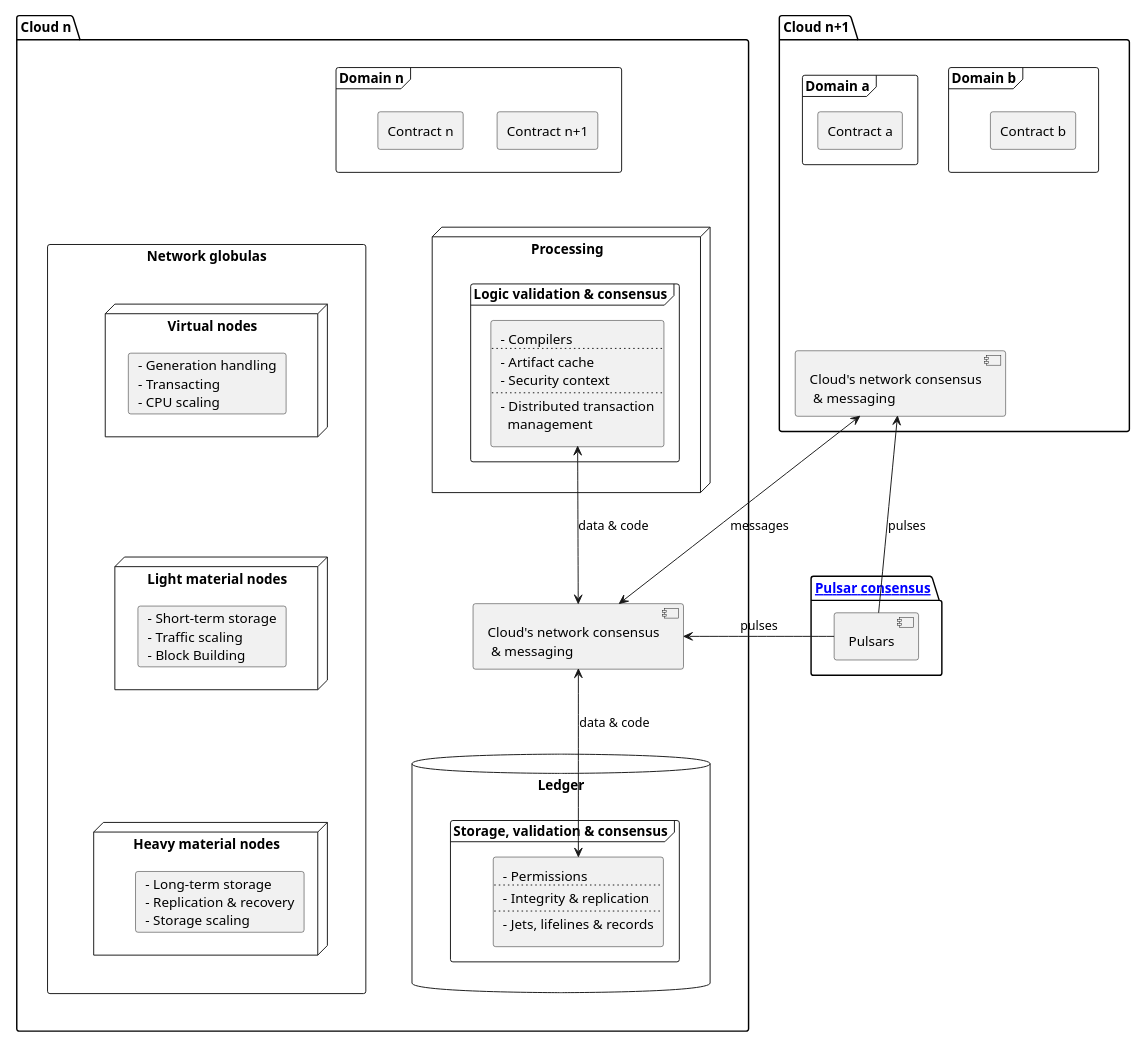
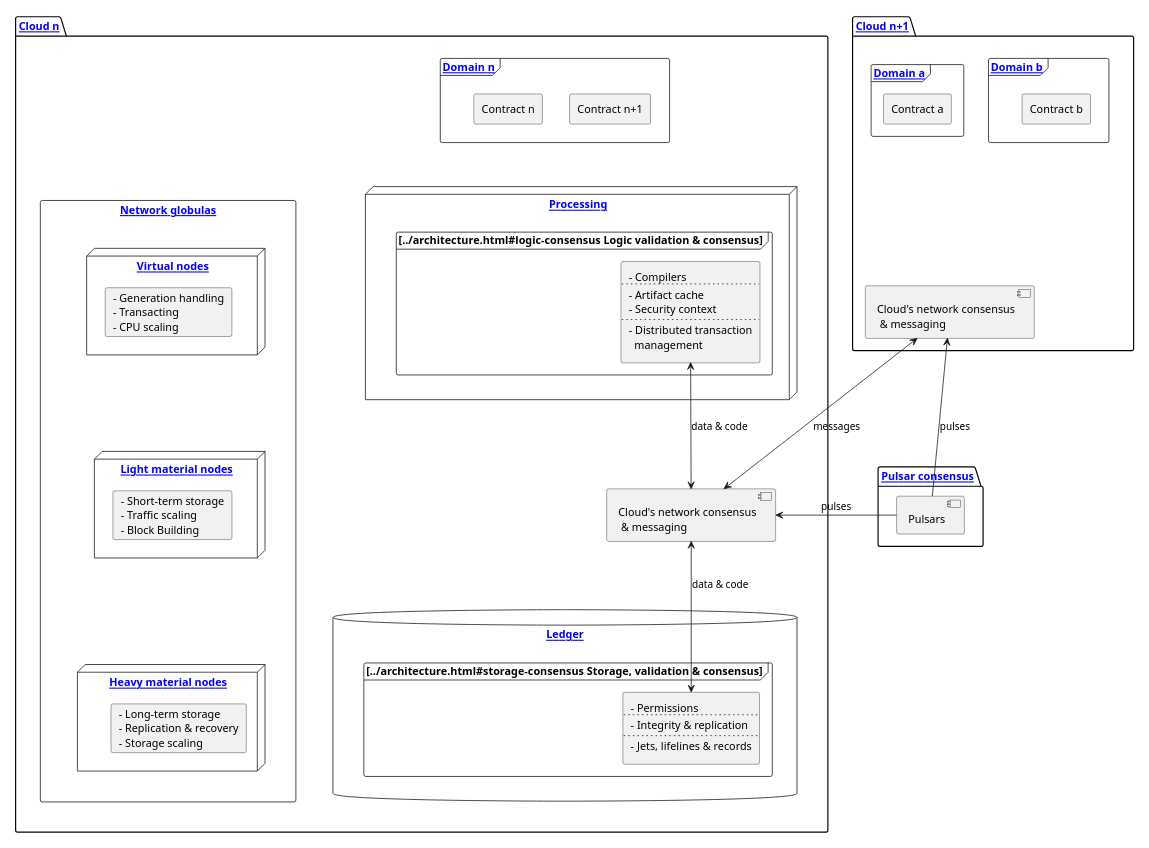
The diagram in docs/source/architecture.rst (sofiayem/rtd-doc-tests), drawn with PlantUML before and after one commit.

Commit message:
inline all links test

```diff
--- a/docs/source/architecture.rst
+++ b/docs/source/architecture.rst
@@ -39,12 +39,12 @@
      package "[[../architecture.html#pulsar-consensus Pulsar consensus]]" as pcon {
        card [Pulsars] [[../architecture.html#pulsars]]
      }
-     package "Cloud n+1" as cloudnext [[../architecture.html#fed-of-clouds]] {
+     package "[[../architecture.html#fed-of-clouds Cloud n+1]]" as cloudnext {
        card [Cloud's network consensus\n & messaging] as nextnet [[../architecture.html#network-consensus]]
-       frame "Domain b" as domb [[../architecture.html#domains]] {
+       frame "[[../architecture.html#domains Domain b]]" as domb {
          rectangle "Contract b" as cntrctb [[../architecture.html#contracts]]
        }
-       frame "Domain a" as doma [[../architecture.html#domains ]] {
+       frame "[[../architecture.html#domains Domain a]]" as doma {
          rectangle "Contract a" as cntrcta [[../architecture.html#contracts]]
        }
        cntrctb -[hidden]d- nextnet
@@ -52,27 +52,27 @@
        [Pulsars] -u-> nextnet : pulses
      }
    }
-   package "Cloud n" as cloudn [[../architecture.html#fed-of-clouds]] {
-       frame "Domain n" as domn [[../architecture.html#domains]] {
+   package "[[../architecture.html#fed-of-clouds Cloud n]]" as cloudn {
+       frame "[[../architecture.html#domains Domain n]]" as domn {
          rectangle "Contract n+1" as cntrctnext [[../architecture.html#contracts]]
          rectangle "Contract n" as cntrctne [[../architecture.html#contracts]]
        }
-       rectangle "Network globulas" as globula [[../architecture.html#globulas]] {
-         node "Virtual nodes" as vn [[../architecture.html#virtual]] {
+       rectangle "[[../architecture.html#globulas Network globulas]]" as globula {
+         node "[[../architecture.html#virtual Virtual nodes]]" as vn {
              card vcard [
                - Generation handling
                - Transacting
                - CPU scaling
              ]
          }
-         node "Light material nodes" as ln [[../architecture.html#light-material]] {
+         node "[[../architecture.html#light-material Light material nodes]]" as ln {
              card lcard [
                - Short-term storage
                - Traffic scaling
                - Block Building
              ]
          }
-         node "Heavy material nodes" as hn [[../architecture.html#heavy-material]] {
+         node "[[../architecture.html#heavy-material Heavy material nodes]]" as hn {
              card hcard [
                - Long-term storage
                - Replication & recovery
@@ -82,8 +82,8 @@
       }
       together {
       card [Cloud's network consensus\n & messaging] as net [[../architecture.html#network-consensus]]
-      database "Ledger" as db [[../architecture.html#ledger]] {
-         frame "Storage, validation & consensus" [[../architecture.html#storage-consensus]] {
+      database "[[../architecture.html#ledger Ledger]]" as db {
+         frame "[[../architecture.html#storage-consensus Storage, validation & consensus]]" {
          rectangle ldgr [
            - Permissions
            ....
@@ -93,8 +93,8 @@
          ]
          }
       }
-      node "Processing" as process [[../architecture.html#execution-validation]] {
-         frame "Logic validation & consensus" [[../architecture.html#logic-consensus]] {
+      node "[[../architecture.html#execution-validation Processing]]" as process {
+         frame "[[../architecture.html#logic-consensus Logic validation & consensus]]" {
          rectangle proc [
            - Compilers
            ....
```
